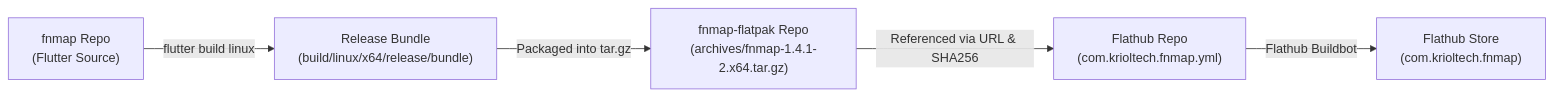
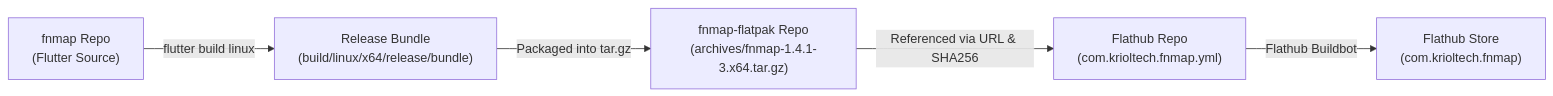
One commit to gmckesey/fnmap changed the diagram in flathub-upgrade-instructions.md. Above: the diagram before and after it, drawn with Mermaid. The commit also changed other lines of this file and 3 other files, not shown here.

````diff
--- a/flathub-upgrade-instructions.md
+++ b/flathub-upgrade-instructions.md
@@ -11,7 +11,7 @@
 ```mermaid
 flowchart LR
     A["fnmap Repo<br/>(Flutter Source)"] -->|flutter build linux| B["Release Bundle<br/>(build/linux/x64/release/bundle)"]
-    B -->|Packaged into tar.gz| C["fnmap-flatpak Repo<br/>(archives/fnmap-1.4.1-2.x64.tar.gz)"]
+    B -->|Packaged into tar.gz| C["fnmap-flatpak Repo<br/>(archives/fnmap-1.4.1-3.x64.tar.gz)"]
     C -->|Referenced via URL & SHA256| D["Flathub Repo<br/>(com.krioltech.fnmap.yml)"]
     D -->|Flathub Buildbot| E["Flathub Store<br/>(com.krioltech.fnmap)"]
 ```
````
